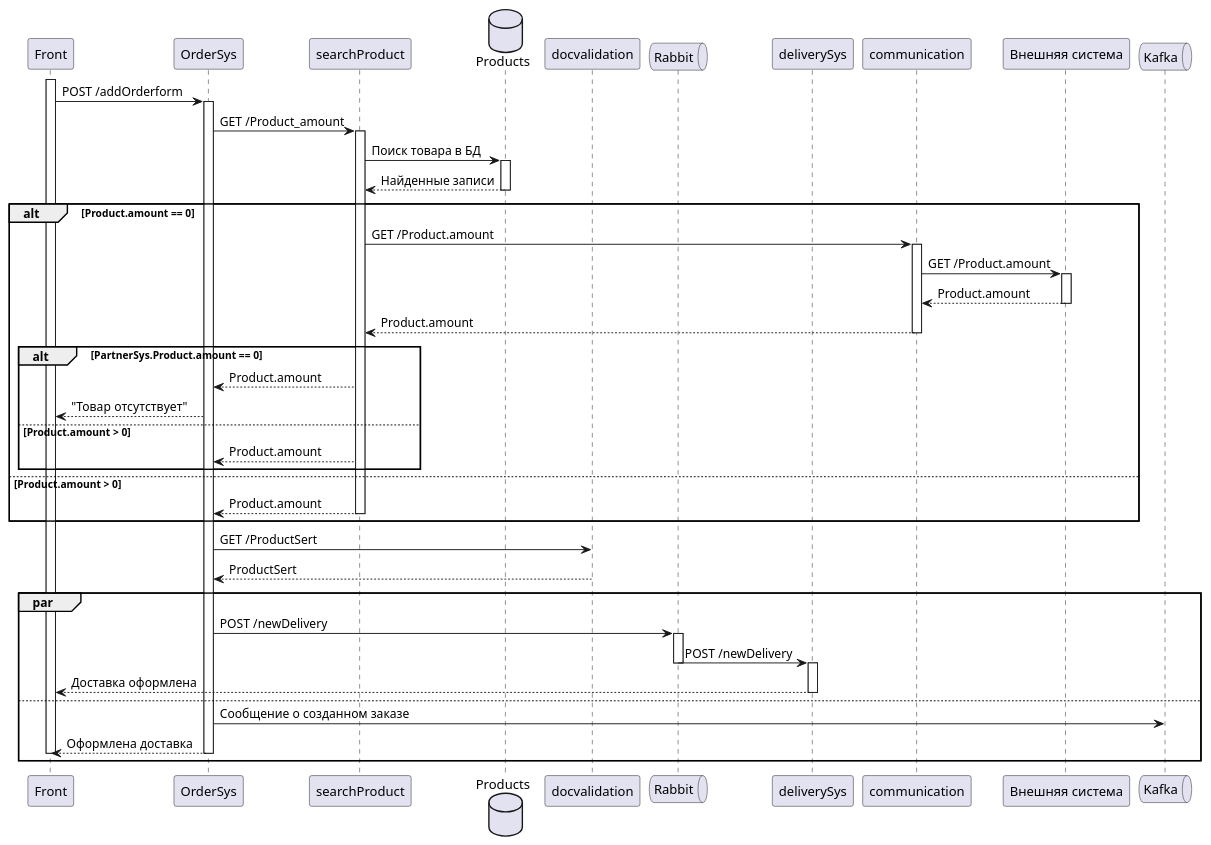
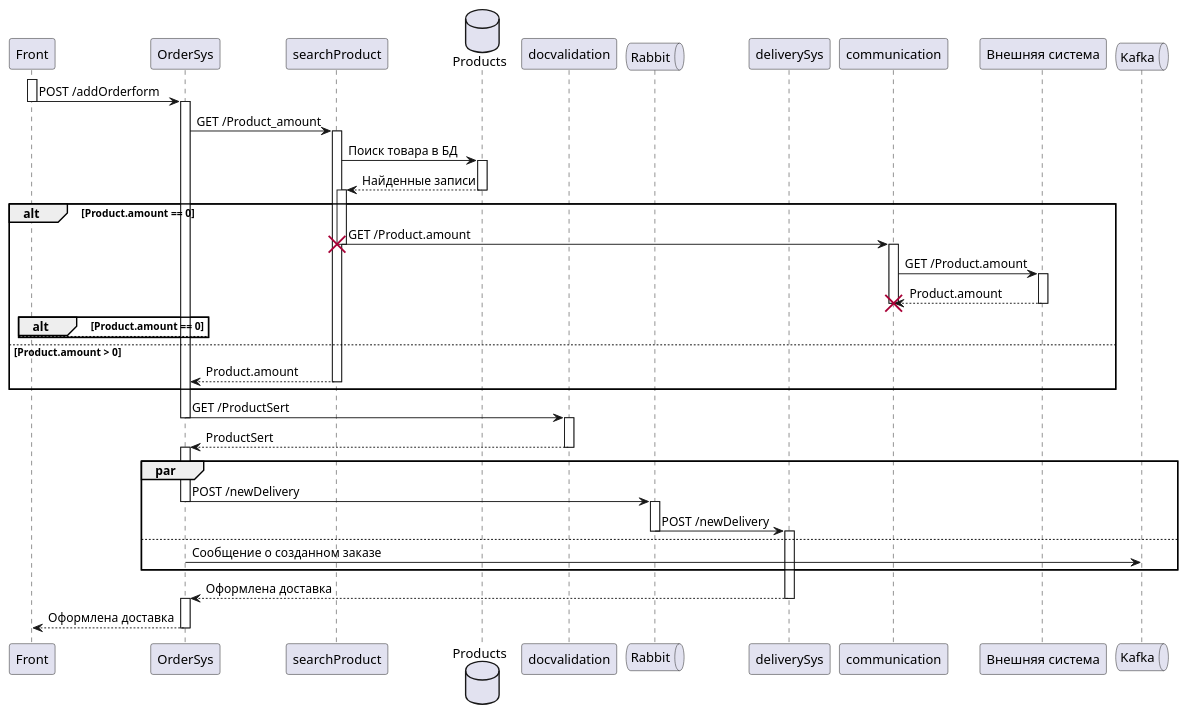
Before and after one commit to DitSoGD/Golturenko_analytics_practice: the diagram in sequenced.puml, drawn with PlantUML.

Commit message:
Доработан сиквенс

```diff
--- a/sequenced.puml
+++ b/sequenced.puml
@@ -1,64 +1,69 @@
 @startuml
 participant Front
 participant OrderSys
 participant searchProduct
 database Products
 participant docvalidation
 queue Rabbit
 participant deliverySys
 participant communication
 participant PartnerSys as "Внешняя система"
 queue Kafka
 
 
 activate Front
 Front -> OrderSys : POST /addOrderform
+deactivate Front
 activate OrderSys
 OrderSys -> searchProduct : GET /Product_amount
 activate searchProduct
 searchProduct -> Products : Поиск товара в БД
 activate Products
 Products --> searchProduct : Найденные записи
 deactivate Products
 
 alt Product.amount == 0
+activate searchProduct
 searchProduct -> communication : GET /Product.amount
+destroy searchProduct
 activate communication
 communication -> PartnerSys : GET /Product.amount
 activate PartnerSys
 PartnerSys --> communication : Product.amount
+alt Product.amount == 0
+destroy communication
+else
 deactivate PartnerSys
-communication --> searchProduct : Product.amount
-deactivate communication
+end
 
-alt PartnerSys.Product.amount == 0
-searchProduct --> OrderSys : Product.amount
-OrderSys --> Front : "Товар отсутствует"
-else Product.amount > 0
-searchProduct --> OrderSys : Product.amount
-end
 
 else Product.amount > 0
 searchProduct --> OrderSys : Product.amount
 deactivate searchProduct
 end
 
 OrderSys -> docvalidation : GET /ProductSert
+deactivate OrderSys
+activate docvalidation
 docvalidation --> OrderSys : ProductSert
+deactivate docvalidation
+activate OrderSys
 
 par
 OrderSys -> Rabbit : POST /newDelivery
+deactivate OrderSys
 activate Rabbit
 Rabbit -> deliverySys : POST /newDelivery
 deactivate Rabbit
 activate deliverySys
-deliverySys --> Front : Доставка оформлена
-deactivate deliverySys
 else
 OrderSys -> Kafka : Сообщение о созданном заказе
+end
+
+deliverySys --> OrderSys : Оформлена доставка
+deactivate deliverySys
+activate OrderSys
 OrderSys --> Front : Оформлена доставка
 deactivate OrderSys
-deactivate Front
-end
 
 @enduml
```
